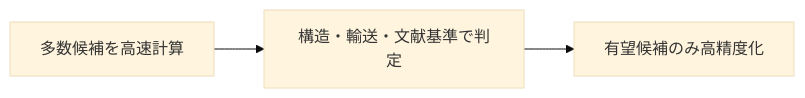
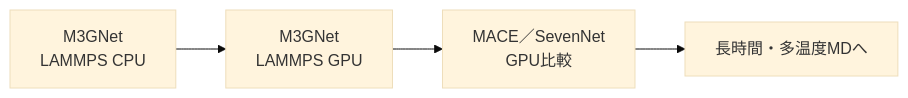
Before and after one commit to Long-Brian-Yang/li-research: the first of 5 diagrams in docs/presentations/pretrained_potential_screening_proposal_7min_ja.md, drawn with Mermaid (base theme). The commit also changed other lines of this file, not shown here.

````diff
--- a/docs/presentations/pretrained_potential_screening_proposal_7min_ja.md
+++ b/docs/presentations/pretrained_potential_screening_proposal_7min_ja.md
@@ -48,5 +39,6 @@
 ```mermaid
 flowchart LR
-    A[多数候補を高速計算] --> B[構造・輸送・文献基準で判定]
-    B --> C[有望候補のみ高精度化]
+    A[M3GNet<br/>LAMMPS CPU] --> B[M3GNet<br/>LAMMPS GPU]
+    B --> C[MACE／SevenNet<br/>GPU比較]
+    C --> D[長時間・多温度MDへ]
 ```
````
